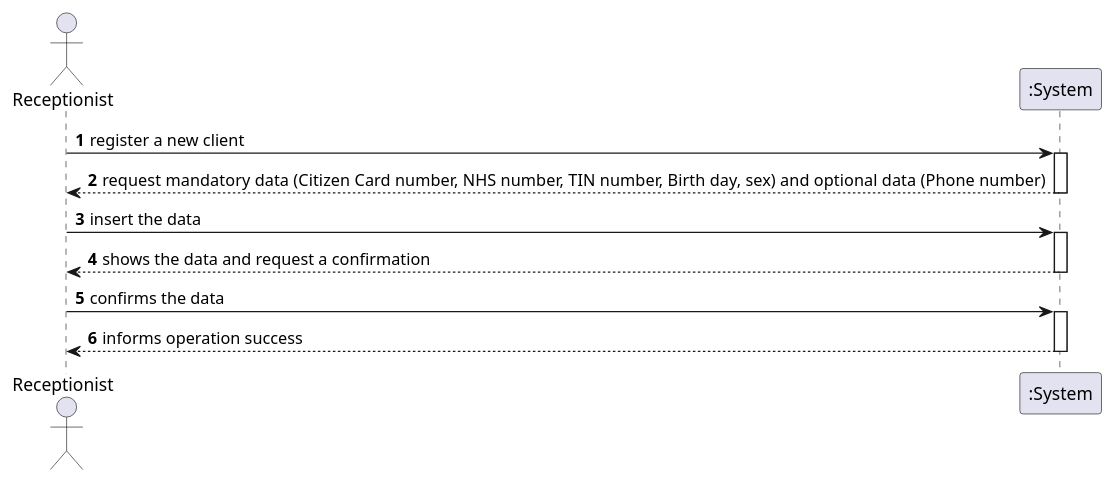
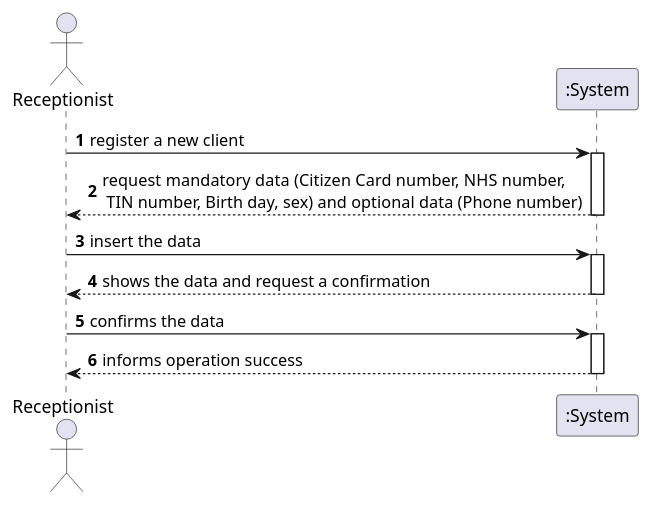
Before and after one commit to GuilhermeCunha79/lapr2: the diagram in docs/SprintB/US3/UC_03_SSD.puml, drawn with PlantUML. The commit also changed 1 other file, not shown here.

```diff
--- a/docs/SprintB/US3/UC_03_SSD.puml
+++ b/docs/SprintB/US3/UC_03_SSD.puml
@@ -1,25 +1,25 @@
 @startuml
 'https://plantuml.com/sequence-diagram
 
 autonumber
 
 actor "Receptionist" as RECEP
 
 participant ":System" as SYSTEM
 
 RECEP -> SYSTEM : register a new client
 activate SYSTEM
-SYSTEM --> RECEP : request mandatory data (Citizen Card number, NHS number, TIN number, Birth day, sex) and optional data (Phone number)
+SYSTEM --> RECEP : request mandatory data (Citizen Card number, NHS number,\n TIN number, Birth day, sex) and optional data (Phone number)
 deactivate SYSTEM
 
 RECEP -> SYSTEM : insert the data
 activate SYSTEM
 SYSTEM --> RECEP : shows the data and request a confirmation
 deactivate SYSTEM
 
 RECEP -> SYSTEM : confirms the data
 activate SYSTEM
 SYSTEM --> RECEP : informs operation success
 deactivate SYSTEM
 
 @enduml
```
